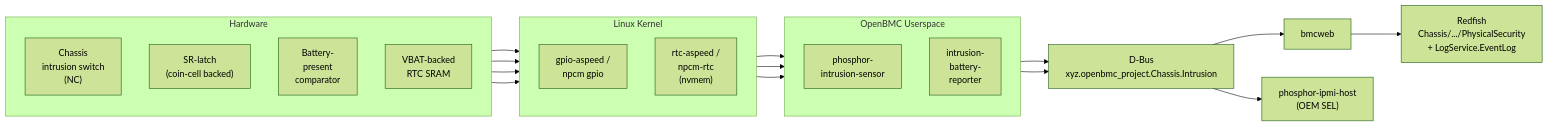
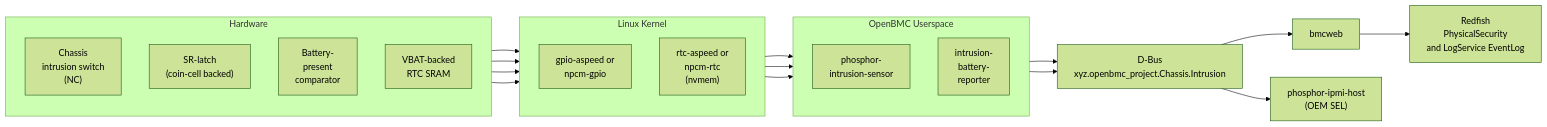
Before and after one commit to MichaelTien8901/openbmc-guide-tutorial: the first of 6 diagrams in docs/03-core-services/20-intrusion-detection-guide.md, drawn with Mermaid (forest theme). The commit also changed other lines of this file, not shown here.

First line of the commit message:
Fix Mermaid 10.6 syntax errors in intrusion detection diagrams

````diff
--- a/docs/03-core-services/20-intrusion-detection-guide.md
+++ b/docs/03-core-services/20-intrusion-detection-guide.md
@@ -50,40 +50,40 @@
 ```mermaid
 flowchart LR
     subgraph HW["Hardware"]
         direction TB
         Switch["Chassis<br/>intrusion switch<br/>(NC)"]
         Latch["SR-latch<br/>(coin-cell backed)"]
         Comp["Battery-<br/>present<br/>comparator"]
         VBAT["VBAT-backed<br/>RTC SRAM"]
     end
 
     subgraph Kernel["Linux Kernel"]
         direction TB
-        GPIO["gpio-aspeed /<br/>npcm gpio"]
-        RTC["rtc-aspeed /<br/>npcm-rtc<br/>(nvmem)"]
+        GPIO["gpio-aspeed or<br/>npcm-gpio"]
+        RTC["rtc-aspeed or<br/>npcm-rtc<br/>(nvmem)"]
     end
 
     subgraph Userspace["OpenBMC Userspace"]
         direction TB
         PIS["phosphor-<br/>intrusion-sensor"]
         Rep["intrusion-<br/>battery-<br/>reporter"]
     end
 
     DBus["D-Bus<br/>xyz.openbmc_project.Chassis.Intrusion"]
     BMCWEB["bmcweb"]
-    Redfish["Redfish<br/>Chassis/.../PhysicalSecurity<br/>+ LogService.EventLog"]
+    Redfish["Redfish<br/>PhysicalSecurity<br/>and LogService EventLog"]
     IPMI["phosphor-ipmi-host<br/>(OEM SEL)"]
 
     Switch --> GPIO
     Latch --> GPIO
     Comp --> GPIO
     VBAT --> RTC
     GPIO --> PIS
     GPIO --> Rep
     RTC --> Rep
     PIS --> DBus
     Rep --> DBus
     DBus --> BMCWEB
     DBus --> IPMI
     BMCWEB --> Redfish
 ```
````
